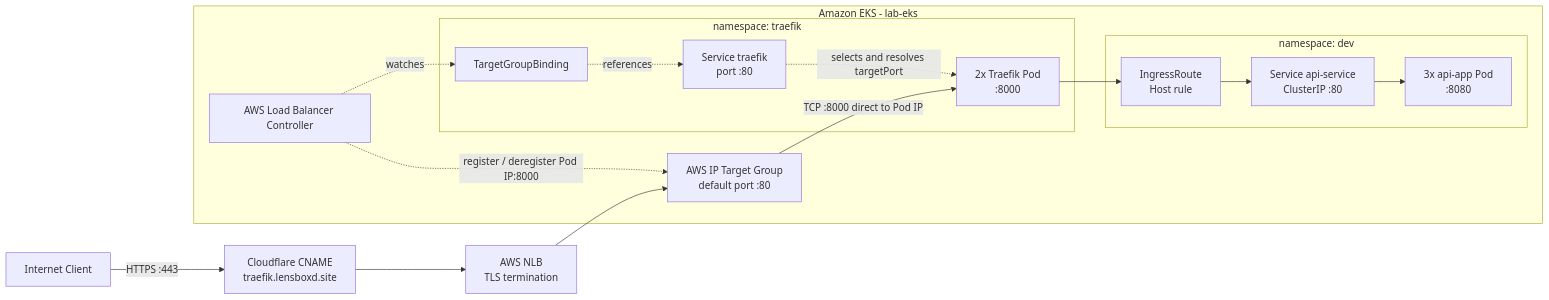
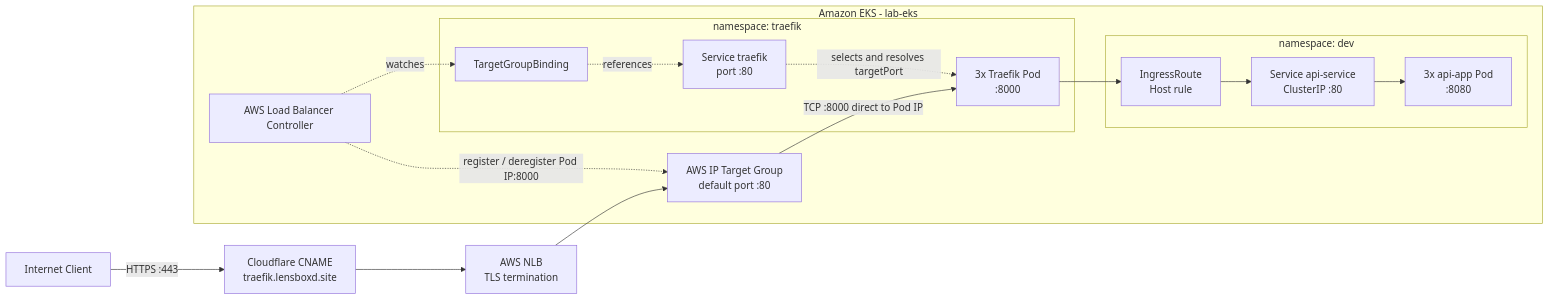
The first of 7 diagrams in aws_kube/k8s/README.md (unedtamps/aws), drawn with Mermaid before and after one commit. The commit also changed other lines of this file and 25 other files, not shown here.

````diff
--- a/aws_kube/k8s/README.md
+++ b/aws_kube/k8s/README.md
@@ -13,25 +25,25 @@
 ```mermaid
 flowchart LR
     client["Internet Client"] -->|"HTTPS :443"| dns["Cloudflare CNAME<br/>traefik.lensboxd.site"]
     dns --> nlb["AWS NLB<br/>TLS termination"]
     nlb --> tg["AWS IP Target Group<br/>default port :80"]
 
     subgraph eks["Amazon EKS - lab-eks"]
         lbc["AWS Load Balancer Controller"] -. "register / deregister Pod IP:8000" .-> tg
 
         subgraph traefikNs["namespace: traefik"]
             tgb["TargetGroupBinding"] -. "references" .-> svcTraefik["Service traefik<br/>port :80"]
-            svcTraefik -. "selects and resolves targetPort" .-> podsTraefik["2x Traefik Pod<br/>:8000"]
+            svcTraefik -. "selects and resolves targetPort" .-> podsTraefik["3x Traefik Pod<br/>:8000"]
         end
 
         subgraph devNs["namespace: dev"]
             route["IngressRoute<br/>Host rule"] --> svcApi["Service api-service<br/>ClusterIP :80"]
             svcApi --> podsApi["3x api-app Pod<br/>:8080"]
         end
 
         podsTraefik --> route
         lbc -. "watches" .-> tgb
     end
 
     tg -->|"TCP :8000 direct to Pod IP"| podsTraefik
 ```
````
